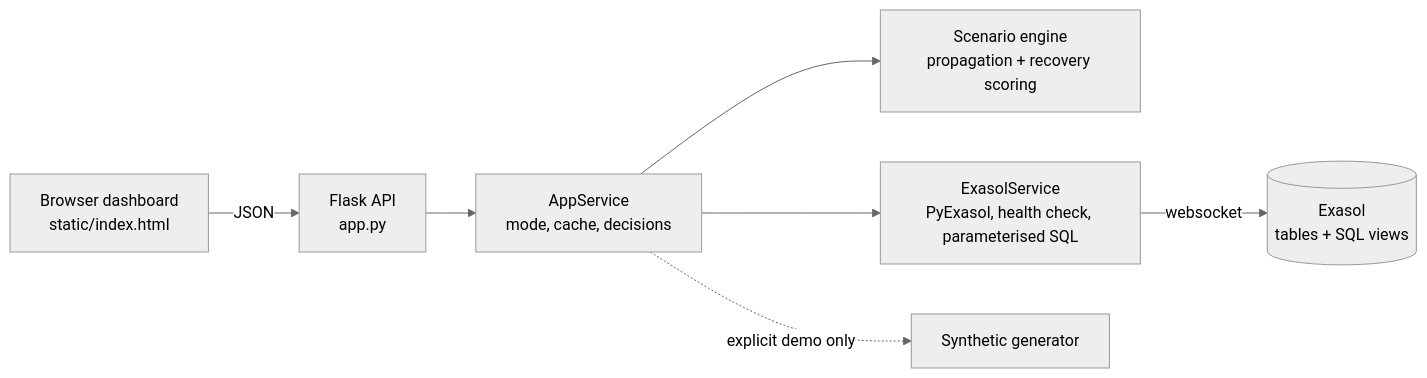
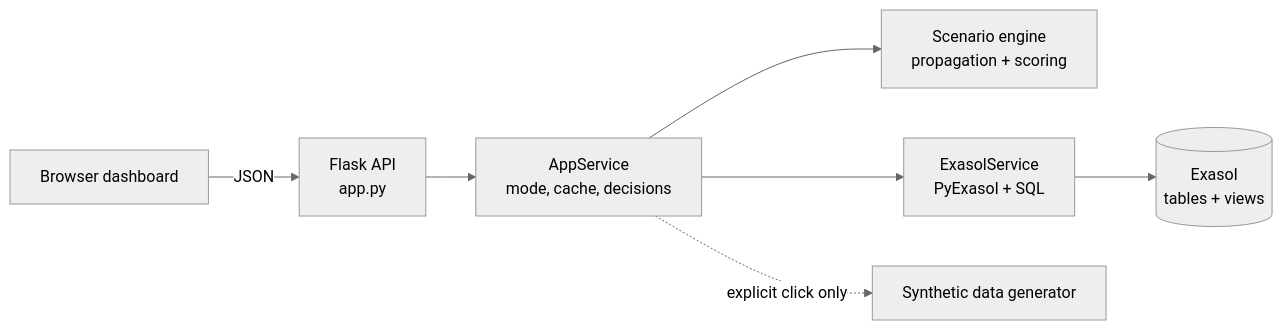
The diagram in README.md (krishnagg-engg01/SupplyShield), drawn with Mermaid (neutral theme) before and after one commit. The commit also changed other lines of this file, not shown here.

````diff
--- a/README.md
+++ b/README.md
@@ -48,9 +22,9 @@
 ```mermaid
 flowchart LR
-  B[Browser dashboard<br/>static/index.html] -->|JSON| A[Flask API<br/>app.py]
+  B[Browser dashboard] -->|JSON| A[Flask API<br/>app.py]
   A --> S[AppService<br/>mode, cache, decisions]
-  S --> E[Scenario engine<br/>propagation + recovery scoring]
-  S --> D[ExasolService<br/>PyExasol, health check, parameterised SQL]
-  D -->|websocket| X[(Exasol<br/>tables + SQL views)]
-  S -.explicit demo only.-> Y[Synthetic generator]
+  S --> E[Scenario engine<br/>propagation + scoring]
+  S --> D[ExasolService<br/>PyExasol + SQL]
+  D --> X[(Exasol<br/>tables + views)]
+  S -.explicit click only.-> Y[Synthetic data generator]
 ```
````
